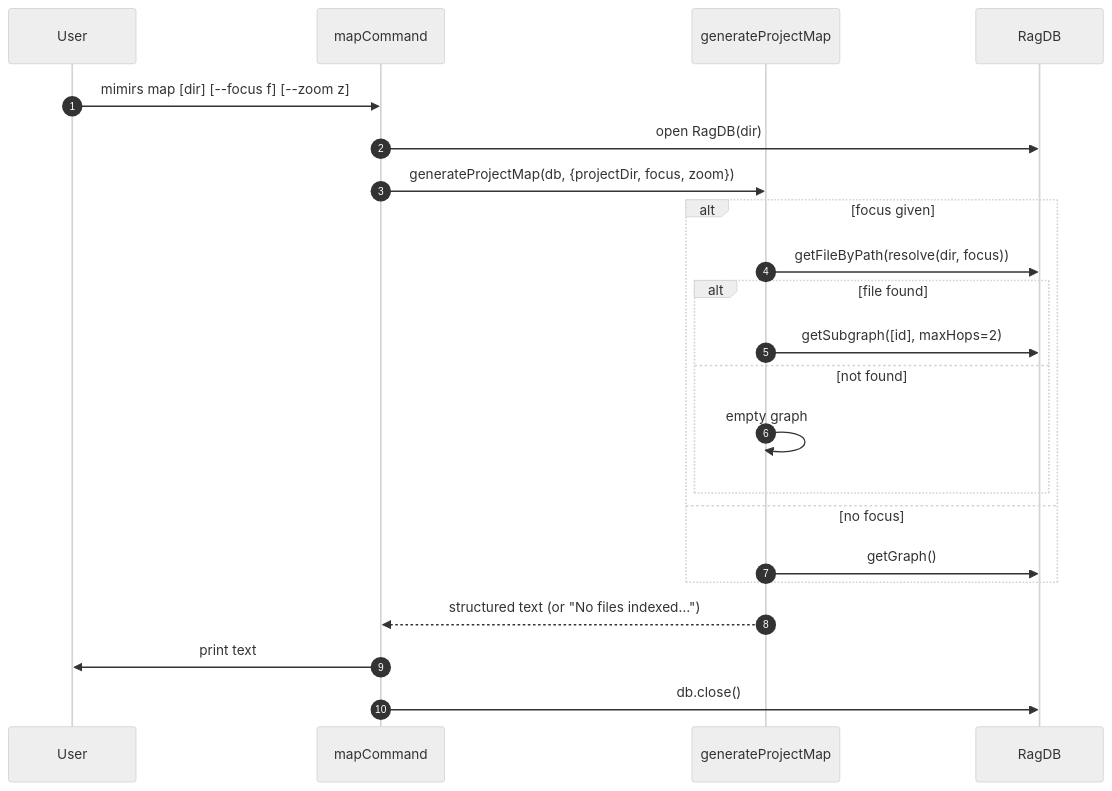
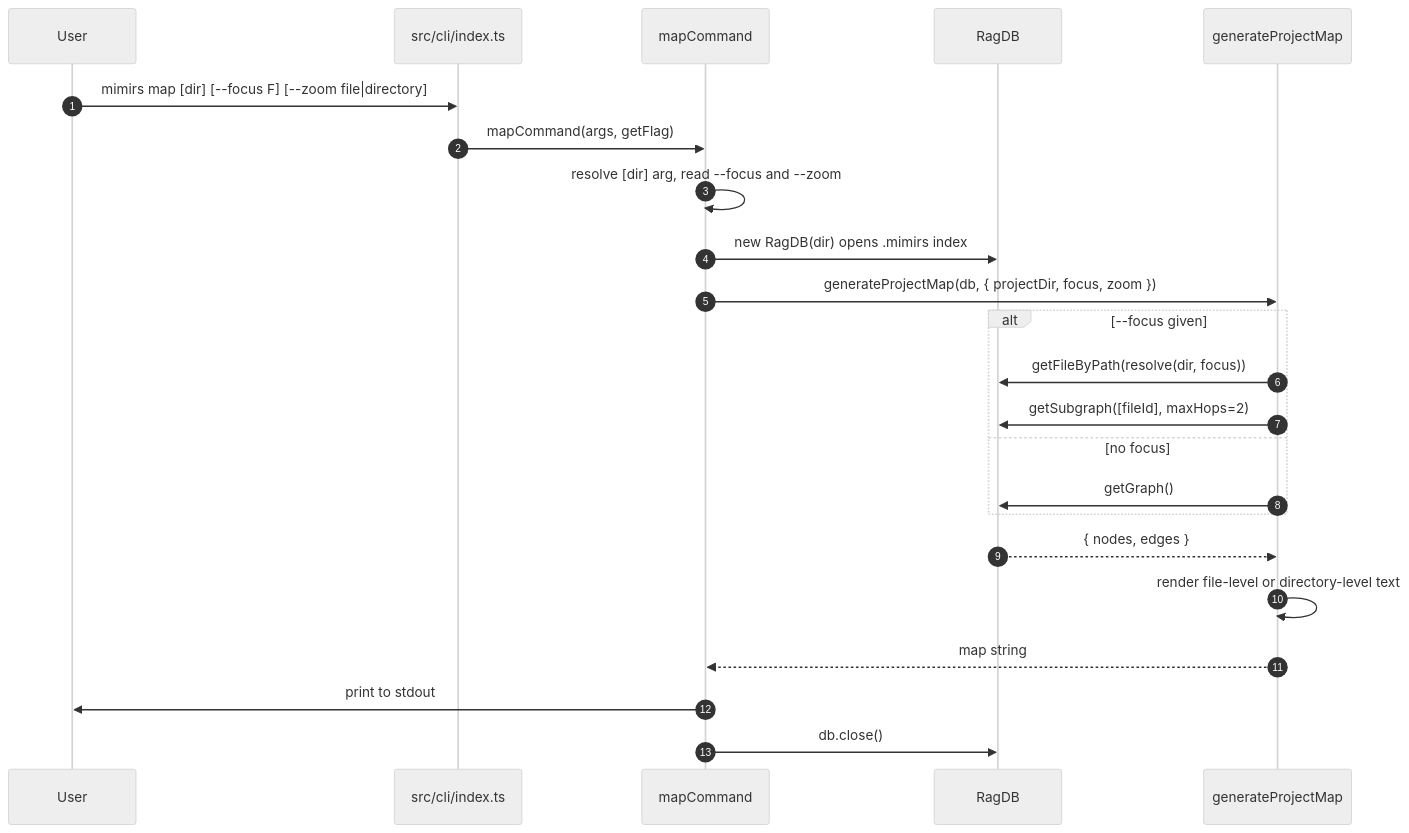
The diagram in wiki/cli/map.md (TheWinci/mimirs), drawn with Mermaid (neutral theme) before and after one commit. The commit also changed other lines of this file and 51 other files, not shown here.

````diff
--- a/wiki/cli/map.md
+++ b/wiki/cli/map.md
@@ -13,24 +27,25 @@
 ```mermaid
 sequenceDiagram
     autonumber
     participant User
-    participant Cmd as mapCommand
-    participant Resolver as generateProjectMap
+    participant Dispatch as src/cli/index.ts
+    participant Handler as mapCommand
     participant DB as RagDB
-    User->>Cmd: mimirs map [dir] [--focus f] [--zoom z]
-    Cmd->>DB: open RagDB(dir)
-    Cmd->>Resolver: generateProjectMap(db, {projectDir, focus, zoom})
-    alt focus given
-        Resolver->>DB: getFileByPath(resolve(dir, focus))
-        alt file found
-            Resolver->>DB: getSubgraph([id], maxHops=2)
-        else not found
-            Resolver->>Resolver: empty graph
-        end
+    participant Renderer as generateProjectMap
+    User->>Dispatch: mimirs map [dir] [--focus F] [--zoom file|directory]
+    Dispatch->>Handler: mapCommand(args, getFlag)
+    Handler->>Handler: resolve [dir] arg, read --focus and --zoom
+    Handler->>DB: new RagDB(dir) opens .mimirs index
+    Handler->>Renderer: generateProjectMap(db, { projectDir, focus, zoom })
+    alt --focus given
+        Renderer->>DB: getFileByPath(resolve(dir, focus))
+        Renderer->>DB: getSubgraph([fileId], maxHops=2)
     else no focus
-        Resolver->>DB: getGraph()
+        Renderer->>DB: getGraph()
     end
-    Resolver-->>Cmd: structured text (or "No files indexed…")
-    Cmd->>User: print text
-    Cmd->>DB: db.close()
+    DB-->>Renderer: { nodes, edges }
+    Renderer->>Renderer: render file-level or directory-level text
+    Renderer-->>Handler: map string
+    Handler->>User: print to stdout
+    Handler->>DB: db.close()
 ```
````
